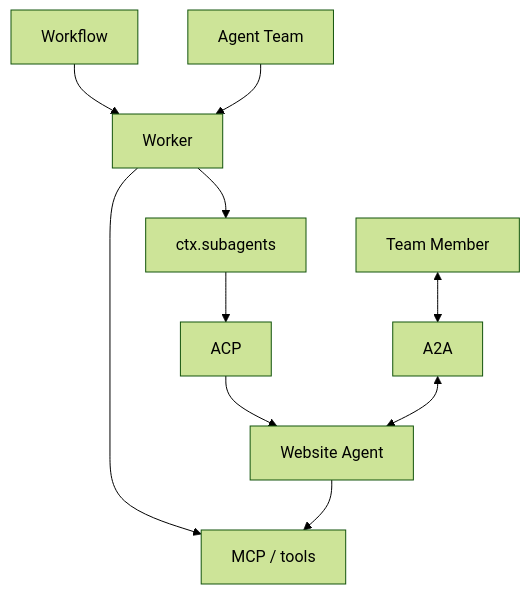
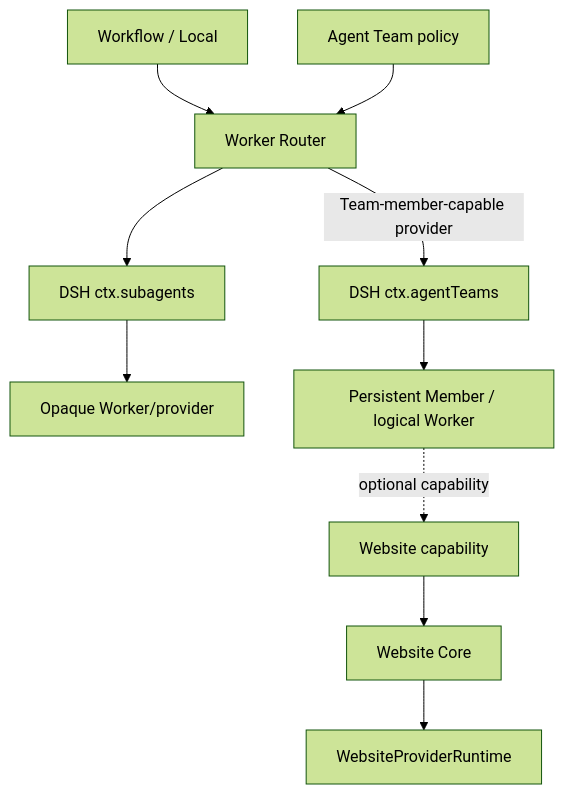
The diagram in docs/architecture/plugins/worker/boundaries.md (tsuuanmi/AgentOS), drawn with Mermaid (forest theme) before and after one commit. The commit also changed other lines of this file and 41 other files, not shown here.

First line of the commit message:
docs: consolidate Worker-first MVP architecture

```diff
--- a/docs/architecture/plugins/worker/boundaries.md
+++ b/docs/architecture/plugins/worker/boundaries.md
@@ -29,23 +29,20 @@
 ~~~mermaid
 flowchart TB
-    Workflow[Workflow]
-    Team[Agent Team]
-    Worker[Worker]
+    Caller[Workflow / Local]
+    Router[Worker Router]
+    Sub[DSH ctx.subagents]
+    Worker[Opaque Worker/provider]
 
-    DSH[ctx.subagents]
-    ACP[ACP]
-    Website[Website Agent]
+    Team[Agent Team policy]
+    DSHAT[DSH ctx.agentTeams]
+    Member[Persistent Member / logical Worker]
 
-    A2A[A2A]
-    Peer[Team Member]
-    MCP[MCP / tools]
+    Website[Website capability]
+    Core[Website Core]
+    WPR[WebsiteProviderRuntime]
 
-    Workflow --> Worker
-    Team --> Worker
-    Worker --> DSH --> ACP --> Website
-
-    Peer <--> A2A <--> Website
-
-    Worker --> MCP
-    Website --> MCP
+    Caller --> Router --> Sub --> Worker
+    Team --> Router
+    Router -->|Team-member-capable provider| DSHAT --> Member
+    Member -. optional capability .-> Website --> Core --> WPR
 ~~~
```
